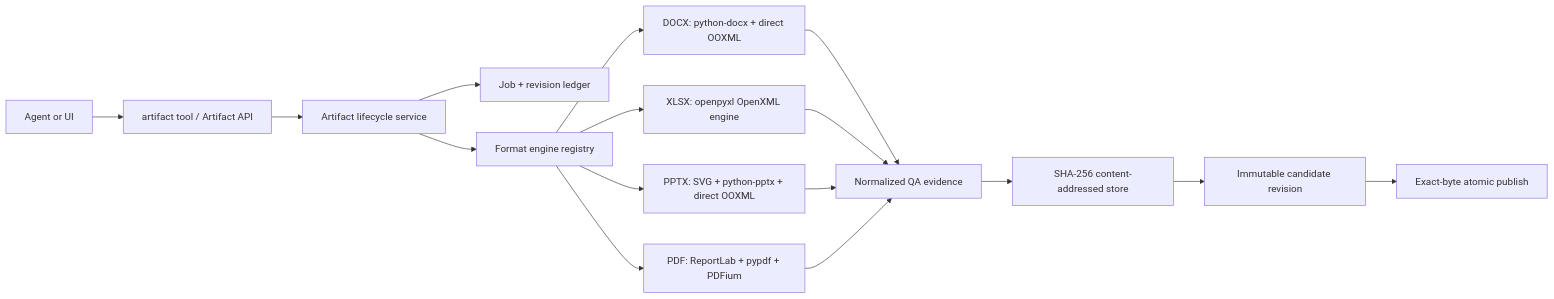
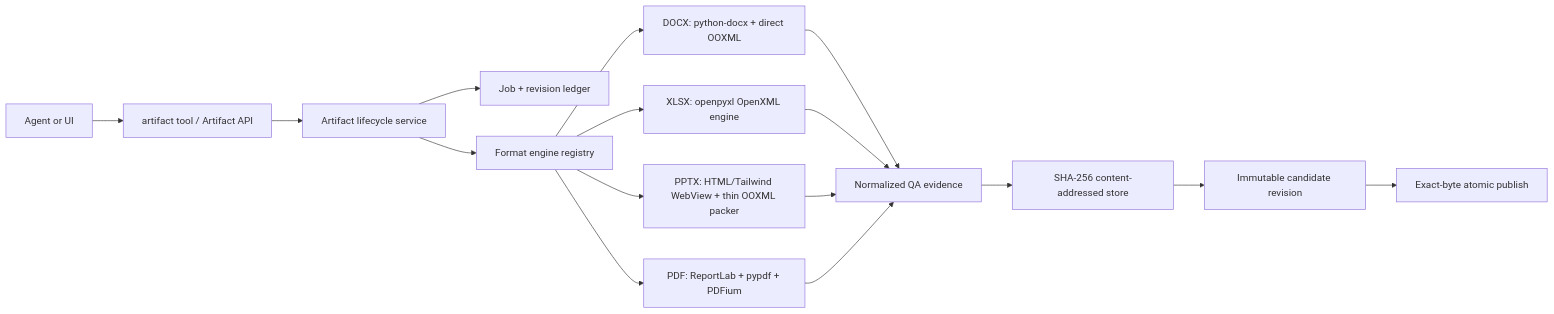
Before and after one commit to evoelsewhere/evoflux: the first of 2 diagrams in documents/architecture/artifact-fabric.md, drawn with Mermaid. The commit also changed other lines of this file and 37 other files, not shown here.

Commit message:
refactor(pptx): replace native renderer with html hybrid pipeline

````diff
--- a/documents/architecture/artifact-fabric.md
+++ b/documents/architecture/artifact-fabric.md
@@ -30,18 +30,18 @@
 ```mermaid
 flowchart LR
     A["Agent or UI"] --> T["artifact tool / Artifact API"]
     T --> C["Artifact lifecycle service"]
     C --> J["Job + revision ledger"]
     C --> R["Format engine registry"]
     R --> D["DOCX: python-docx + direct OOXML"]
     R --> X["XLSX: openpyxl OpenXML engine"]
-    R --> P["PPTX: SVG + python-pptx + direct OOXML"]
+    R --> P["PPTX: HTML/Tailwind WebView + thin OOXML packer"]
     R --> F["PDF: ReportLab + pypdf + PDFium"]
     D --> Q["Normalized QA evidence"]
     X --> Q
     P --> Q
     F --> Q
     Q --> S["SHA-256 content-addressed store"]
     S --> V["Immutable candidate revision"]
     V --> B["Exact-byte atomic publish"]
 ```
````
